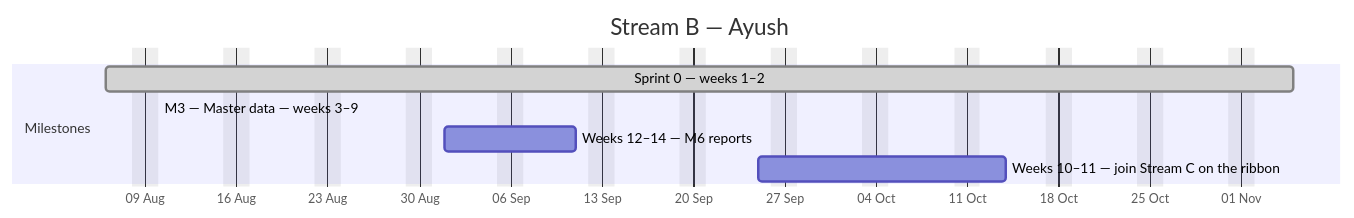
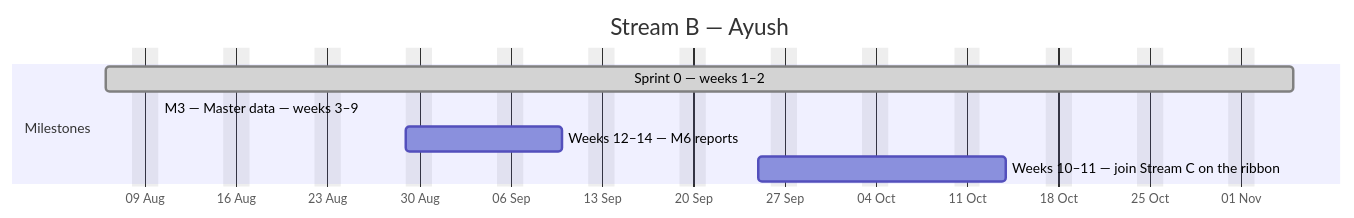
One commit to debashisedunext/EduTrack changed the second of 4 diagrams in docs/plan/GANTT.md. Above: the diagram before and after it, drawn with Mermaid. The commit also changed other lines of this file and 2 other files, not shown here.

````diff
--- a/docs/plan/GANTT.md
+++ b/docs/plan/GANTT.md
@@ -129,12 +129,12 @@
 ```mermaid
 gantt
     dateFormat YYYY-MM-DD
     axisFormat %d %b
     title Stream B — Ayush
     excludes weekends
     section Milestones
     Sprint 0 — weeks 1–2 :done, b0, 2026-08-06, 65d
     M3 — Master data — weeks 3–9 :active, b1, 2026-08-10, -20d
-    Weeks 12–14 — M6 reports :b2, 2026-09-01, 8d
+    Weeks 12–14 — M6 reports :b2, 2026-08-29, 9d
     Weeks 10–11 — join Stream C on the ribbon :b3, 2026-09-25, 13d
 ```
````
